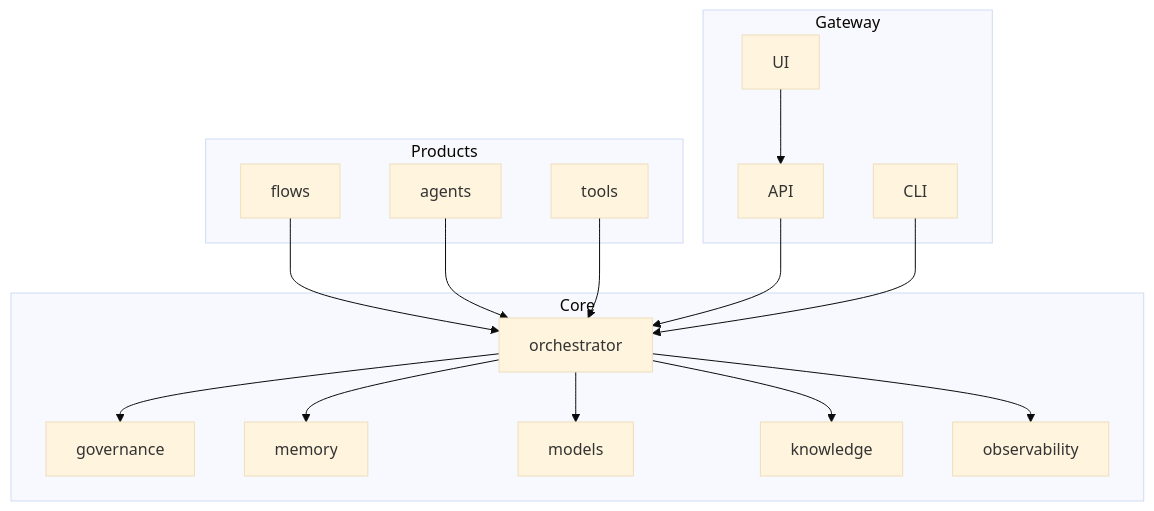
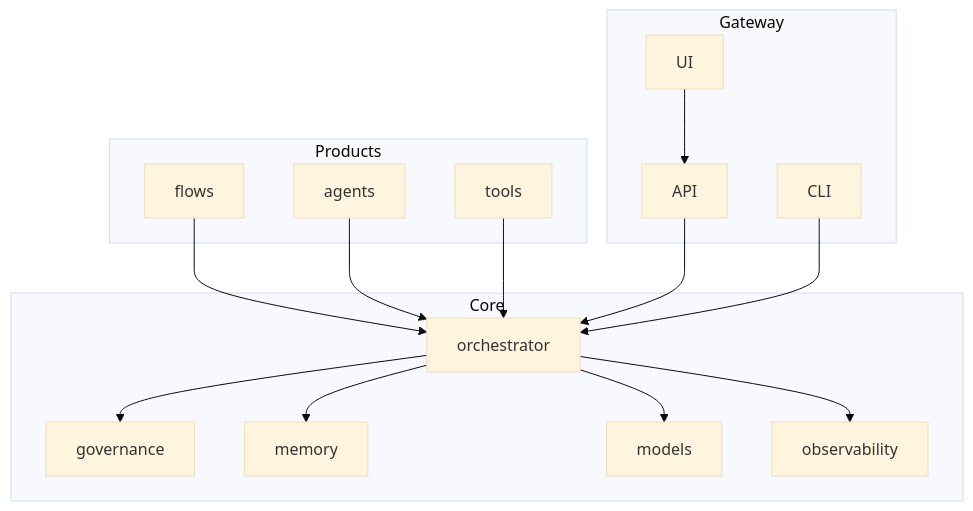
The first of 9 diagrams in docs/core_architecture.md (chethanp11/master), drawn with Mermaid (base theme) before and after one commit. The commit also changed other lines of this file and 107 other files, not shown here.

````diff
--- a/docs/core_architecture.md
+++ b/docs/core_architecture.md
@@ -44,33 +44,31 @@
 ```mermaid
 flowchart TB
   subgraph Products
     PF[flows]
     PA[agents]
     PT[tools]
   end
   subgraph Core
     ORC[orchestrator]
     GOV[governance]
     MEM[memory]
     MOD[models]
-    KNO[knowledge]
     LOG[observability]
   end
   subgraph Gateway
     API[API]
     UI[UI]
     CLI[CLI]
   end
 
   PF --> ORC
   PA --> ORC
   PT --> ORC
   API --> ORC
   CLI --> ORC
   UI --> API
   ORC --> GOV
   ORC --> MEM
   ORC --> LOG
-  ORC --> KNO
   ORC --> MOD
 ```
````
